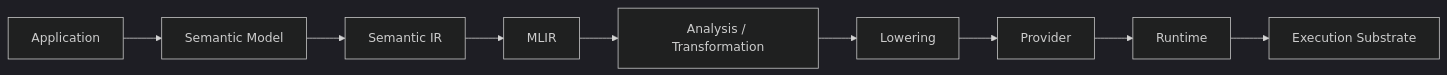
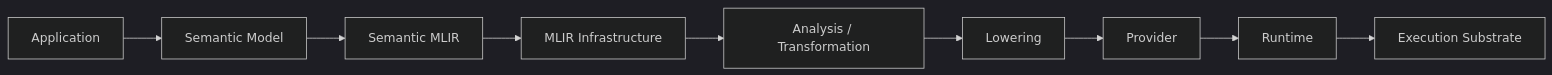
The second of 15 diagrams in README.md (zharia/Semantic-Computational-Runtime), drawn with Mermaid (dark theme) before and after one commit. The commit also changed other lines of this file and 47 other files, not shown here.

First line of the commit message:
feat: MLIR-first architectural alignment pass

````diff
--- a/README.md
+++ b/README.md
@@ -60,14 +60,14 @@
 ```mermaid
 flowchart LR
     A["Application"]
     B["Semantic Model"]
-    C["Semantic IR"]
-    D["MLIR"]
+    C["Semantic MLIR"]
+    D["MLIR Infrastructure"]
     E["Analysis / Transformation"]
     F["Lowering"]
     G["Provider"]
     H["Runtime"]
     I["Execution Substrate"]
 
     A --> B --> C --> D --> E --> F --> G --> H --> I
 ```
````
